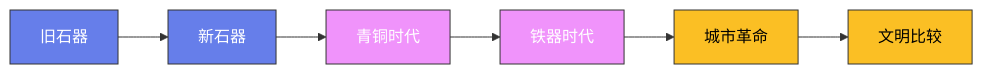
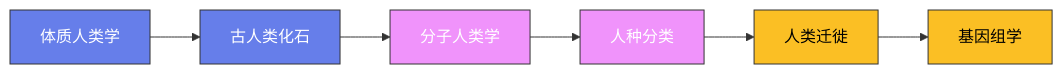
Before and after one commit to Fengur/Fengur.github.io: the diagram in content/posts/ModelCreate/人类学/09-政治人类学.md, drawn with Mermaid. The commit also changed other lines of this file and 118 other files, not shown here.

````diff
--- a/content/posts/ModelCreate/人类学/09-政治人类学.md
+++ b/content/posts/ModelCreate/人类学/09-政治人类学.md
@@ -21,16 +20,16 @@
 ```mermaid
 graph LR
-    A["旧石器"] --> B["新石器"]
-    B --> C["青铜时代"]
-    C --> D["铁器时代"]
-    D --> E["城市革命"]
-    E --> F["文明比较"]
+    A["体质人类学"] --> B["古人类化石"]
+    B --> C["分子人类学"]
+    C --> D["人种分类"]
+    D --> E["人类迁徙"]
+    E --> F["基因组学"]
 
     classDef early fill:#667eea,stroke:#333,color:white
     classDef mid fill:#f093fb,stroke:#333,color:white
     classDef modern fill:#fbbf24,stroke:#333,color:black
 
     class A,B early
     class C,D mid
     class E,F modern
 ```
````
